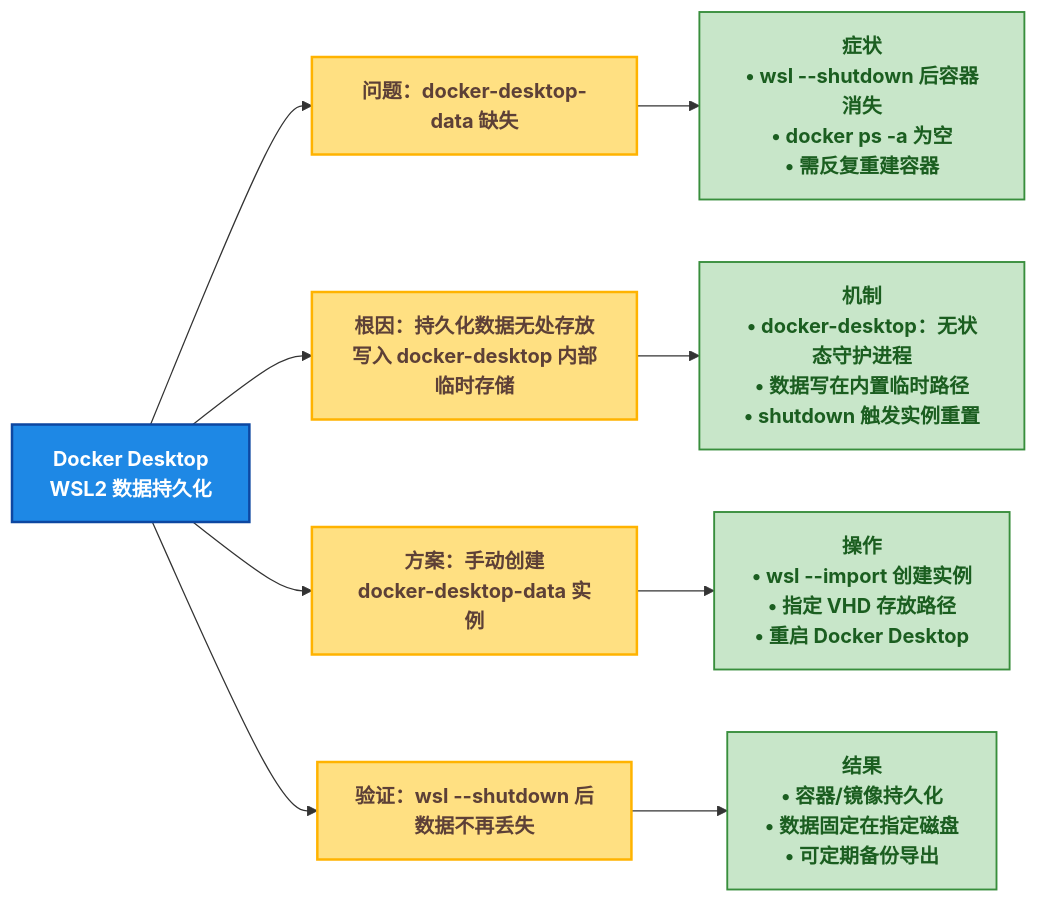
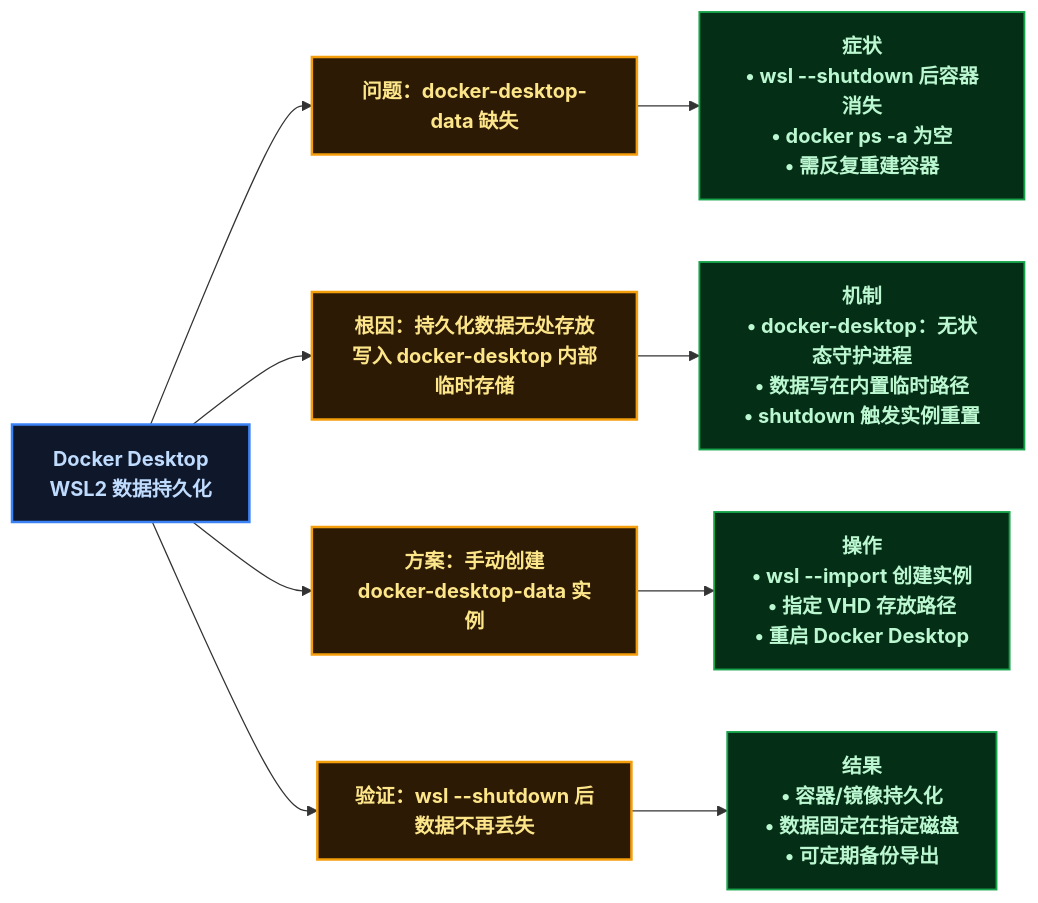
One commit to yaocat55/yaocat55.github.io changed the fifth of 5 diagrams in content/posts/kubernetes/WslDockerDataPersistence.md. Above: the diagram before and after it, drawn with Mermaid. The commit also changed other lines of this file and 155 other files, not shown here.

````diff
--- a/content/posts/kubernetes/WslDockerDataPersistence.md
+++ b/content/posts/kubernetes/WslDockerDataPersistence.md
@@ -446,26 +446,26 @@
 ```mermaid
 flowchart LR
     %% ==========================================
     %% 样式定义
     %% ==========================================
-    classDef root fill:#1E88E5,stroke:#0D47A1,stroke-width:2px,color:#FFFFFF,font-weight:bold;
-    classDef branch fill:#FFE082,stroke:#FFB300,stroke-width:2px,color:#5D4037,font-weight:bold;
-    classDef leaf fill:#F5F5F5,stroke:#BDBDBD,stroke-width:1.5px,color:#212121;
-    classDef highlight fill:#C8E6C9,stroke:#388E3C,stroke-width:1.5px,color:#1B5E20,font-weight:bold;
+classDef root fill:#0f172a,stroke:#3b82f6,stroke-width:2px,color:#bfdbfe,font-weight:bold;
+classDef branch fill:#2d1a05,stroke:#f59e0b,stroke-width:2px,color:#fde68a,font-weight:bold;
+classDef leaf fill:#1e1e24,stroke:#6b7280,stroke-width:1.5px,color:#e5e7eb;
+classDef highlight fill:#052e16,stroke:#16a34a,stroke-width:1.5px,color:#bbf7d0,font-weight:bold;
 
     ROOT[Docker Desktop\nWSL2 数据持久化]
 
     ROOT --> PROBLEM["问题：docker-desktop-data 缺失"]
     ROOT --> ROOT_CAUSE["根因：持久化数据无处存放\n写入 docker-desktop 内部临时存储"]
     ROOT --> SOLUTION["方案：手动创建\ndocker-desktop-data 实例"]
     ROOT --> VERIFY["验证：wsl --shutdown 后\n数据不再丢失"]
 
     PROBLEM --> SYMPTOM["症状\n• wsl --shutdown 后容器消失\n• docker ps -a 为空\n• 需反复重建容器"]
     ROOT_CAUSE --> MECHANISM["机制\n• docker-desktop：无状态守护进程\n• 数据写在内置临时路径\n• shutdown 触发实例重置"]
     SOLUTION --> STEPS["操作\n• wsl --import 创建实例\n• 指定 VHD 存放路径\n• 重启 Docker Desktop"]
     VERIFY --> RESULT["结果\n• 容器/镜像持久化\n• 数据固定在指定磁盘\n• 可定期备份导出"]
 
     class ROOT root;
     class PROBLEM,ROOT_CAUSE,SOLUTION,VERIFY branch;
     class SYMPTOM,MECHANISM,STEPS,RESULT highlight;
 ```
````
